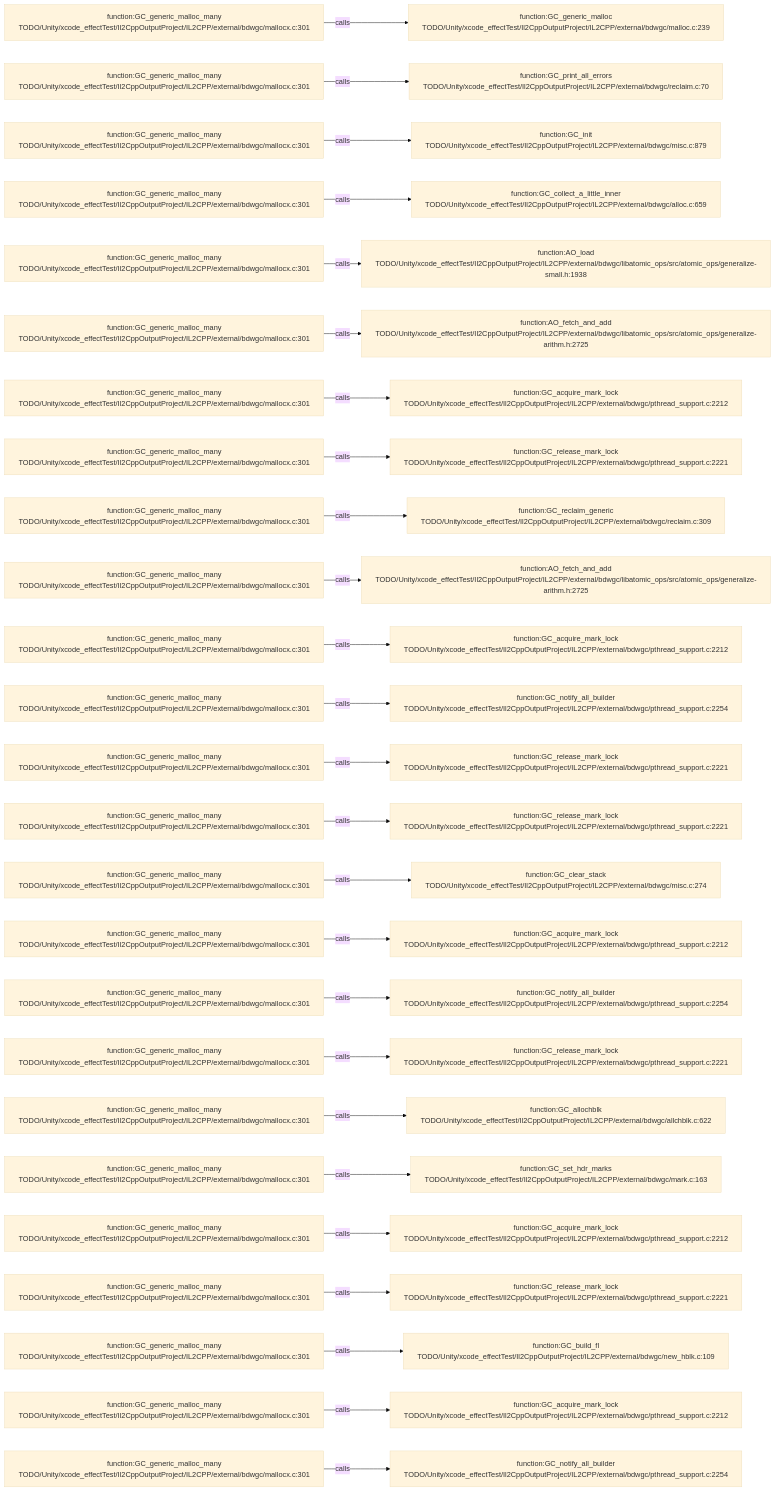
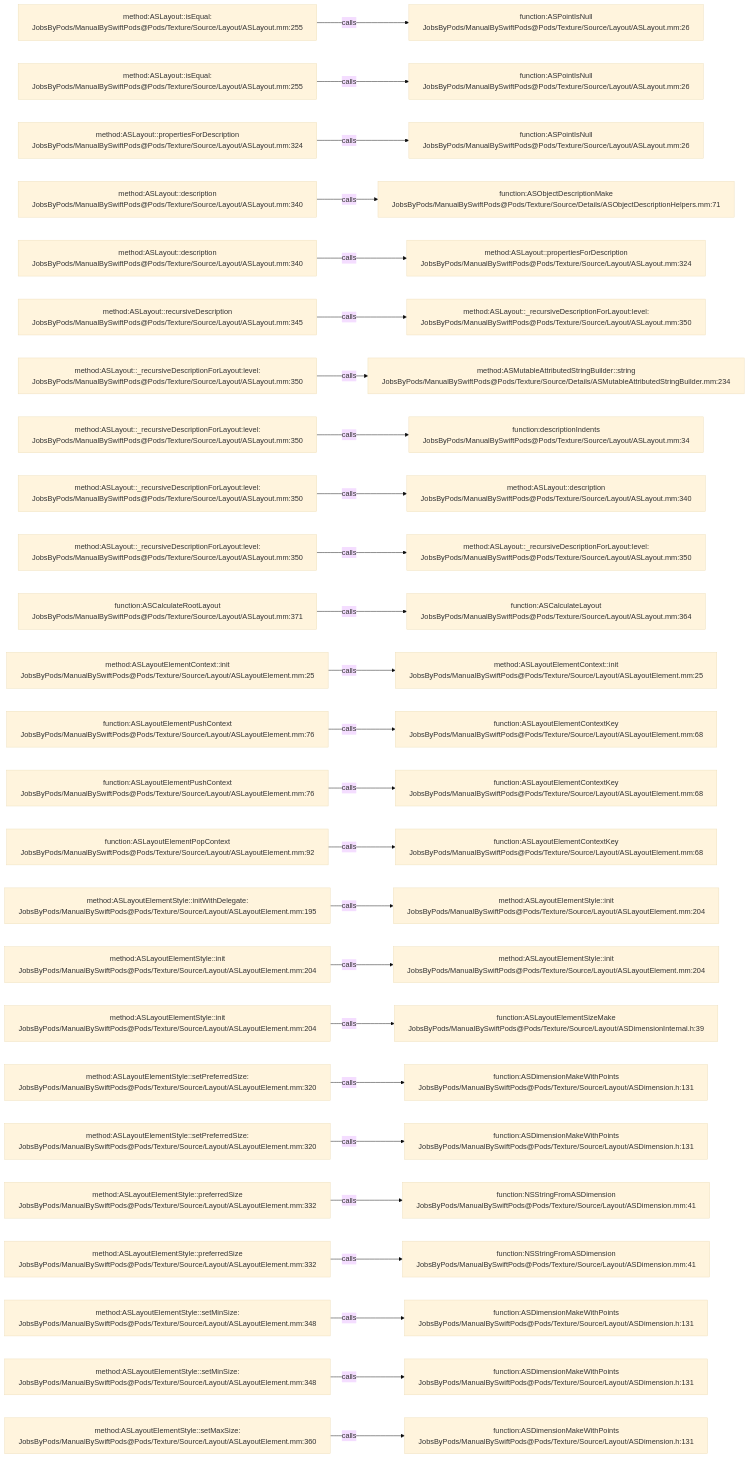
Before and after one commit to JobsKits/JobsSwiftBaseConfigDemo: the diagram in .codegraph/codegraph.md/graphs/calls-128.md, drawn with Mermaid (base theme). The commit also changed 2959 other files, not shown here.

````diff
--- a/.codegraph/codegraph.md/graphs/calls-128.md
+++ b/.codegraph/codegraph.md/graphs/calls-128.md
@@ -13,78 +13,78 @@
 ```mermaid
 flowchart LR
-  S1["function:GC_generic_malloc_many<br/>TODO/Unity/xcode_effectTest/Il2CppOutputProject/IL2CPP/external/bdwgc/mallocx.c:301"]
-  T1["function:GC_generic_malloc<br/>TODO/Unity/xcode_effectTest/Il2CppOutputProject/IL2CPP/external/bdwgc/malloc.c:239"]
+  S1["method:ASLayout::isEqual:<br/>JobsByPods/ManualBySwiftPods@Pods/Texture/Source/Layout/ASLayout.mm:255"]
+  T1["function:ASPointIsNull<br/>JobsByPods/ManualBySwiftPods@Pods/Texture/Source/Layout/ASLayout.mm:26"]
   S1 -->|calls| T1
-  S2["function:GC_generic_malloc_many<br/>TODO/Unity/xcode_effectTest/Il2CppOutputProject/IL2CPP/external/bdwgc/mallocx.c:301"]
-  T2["function:GC_print_all_errors<br/>TODO/Unity/xcode_effectTest/Il2CppOutputProject/IL2CPP/external/bdwgc/reclaim.c:70"]
+  S2["method:ASLayout::isEqual:<br/>JobsByPods/ManualBySwiftPods@Pods/Texture/Source/Layout/ASLayout.mm:255"]
+  T2["function:ASPointIsNull<br/>JobsByPods/ManualBySwiftPods@Pods/Texture/Source/Layout/ASLayout.mm:26"]
   S2 -->|calls| T2
-  S3["function:GC_generic_malloc_many<br/>TODO/Unity/xcode_effectTest/Il2CppOutputProject/IL2CPP/external/bdwgc/mallocx.c:301"]
-  T3["function:GC_init<br/>TODO/Unity/xcode_effectTest/Il2CppOutputProject/IL2CPP/external/bdwgc/misc.c:879"]
+  S3["method:ASLayout::propertiesForDescription<br/>JobsByPods/ManualBySwiftPods@Pods/Texture/Source/Layout/ASLayout.mm:324"]
+  T3["function:ASPointIsNull<br/>JobsByPods/ManualBySwiftPods@Pods/Texture/Source/Layout/ASLayout.mm:26"]
   S3 -->|calls| T3
-  S4["function:GC_generic_malloc_many<br/>TODO/Unity/xcode_effectTest/Il2CppOutputProject/IL2CPP/external/bdwgc/mallocx.c:301"]
-  T4["function:GC_collect_a_little_inner<br/>TODO/Unity/xcode_effectTest/Il2CppOutputProject/IL2CPP/external/bdwgc/alloc.c:659"]
+  S4["method:ASLayout::description<br/>JobsByPods/ManualBySwiftPods@Pods/Texture/Source/Layout/ASLayout.mm:340"]
+  T4["function:ASObjectDescriptionMake<br/>JobsByPods/ManualBySwiftPods@Pods/Texture/Source/Details/ASObjectDescriptionHelpers.mm:71"]
   S4 -->|calls| T4
-  S5["function:GC_generic_malloc_many<br/>TODO/Unity/xcode_effectTest/Il2CppOutputProject/IL2CPP/external/bdwgc/mallocx.c:301"]
-  T5["function:AO_load<br/>TODO/Unity/xcode_effectTest/Il2CppOutputProject/IL2CPP/external/bdwgc/libatomic_ops/src/atomic_ops/generalize-small.h:1938"]
+  S5["method:ASLayout::description<br/>JobsByPods/ManualBySwiftPods@Pods/Texture/Source/Layout/ASLayout.mm:340"]
+  T5["method:ASLayout::propertiesForDescription<br/>JobsByPods/ManualBySwiftPods@Pods/Texture/Source/Layout/ASLayout.mm:324"]
   S5 -->|calls| T5
-  S6["function:GC_generic_malloc_many<br/>TODO/Unity/xcode_effectTest/Il2CppOutputProject/IL2CPP/external/bdwgc/mallocx.c:301"]
-  T6["function:AO_fetch_and_add<br/>TODO/Unity/xcode_effectTest/Il2CppOutputProject/IL2CPP/external/bdwgc/libatomic_ops/src/atomic_ops/generalize-arithm.h:2725"]
+  S6["method:ASLayout::recursiveDescription<br/>JobsByPods/ManualBySwiftPods@Pods/Texture/Source/Layout/ASLayout.mm:345"]
+  T6["method:ASLayout::_recursiveDescriptionForLayout:level:<br/>JobsByPods/ManualBySwiftPods@Pods/Texture/Source/Layout/ASLayout.mm:350"]
   S6 -->|calls| T6
-  S7["function:GC_generic_malloc_many<br/>TODO/Unity/xcode_effectTest/Il2CppOutputProject/IL2CPP/external/bdwgc/mallocx.c:301"]
-  T7["function:GC_acquire_mark_lock<br/>TODO/Unity/xcode_effectTest/Il2CppOutputProject/IL2CPP/external/bdwgc/pthread_support.c:2212"]
+  S7["method:ASLayout::_recursiveDescriptionForLayout:level:<br/>JobsByPods/ManualBySwiftPods@Pods/Texture/Source/Layout/ASLayout.mm:350"]
+  T7["method:ASMutableAttributedStringBuilder::string<br/>JobsByPods/ManualBySwiftPods@Pods/Texture/Source/Details/ASMutableAttributedStringBuilder.mm:234"]
   S7 -->|calls| T7
-  S8["function:GC_generic_malloc_many<br/>TODO/Unity/xcode_effectTest/Il2CppOutputProject/IL2CPP/external/bdwgc/mallocx.c:301"]
-  T8["function:GC_release_mark_lock<br/>TODO/Unity/xcode_effectTest/Il2CppOutputProject/IL2CPP/external/bdwgc/pthread_support.c:2221"]
+  S8["method:ASLayout::_recursiveDescriptionForLayout:level:<br/>JobsByPods/ManualBySwiftPods@Pods/Texture/Source/Layout/ASLayout.mm:350"]
+  T8["function:descriptionIndents<br/>JobsByPods/ManualBySwiftPods@Pods/Texture/Source/Layout/ASLayout.mm:34"]
   S8 -->|calls| T8
-  S9["function:GC_generic_malloc_many<br/>TODO/Unity/xcode_effectTest/Il2CppOutputProject/IL2CPP/external/bdwgc/mallocx.c:301"]
-  T9["function:GC_reclaim_generic<br/>TODO/Unity/xcode_effectTest/Il2CppOutputProject/IL2CPP/external/bdwgc/reclaim.c:309"]
+  S9["method:ASLayout::_recursiveDescriptionForLayout:level:<br/>JobsByPods/ManualBySwiftPods@Pods/Texture/Source/Layout/ASLayout.mm:350"]
+  T9["method:ASLayout::description<br/>JobsByPods/ManualBySwiftPods@Pods/Texture/Source/Layout/ASLayout.mm:340"]
   S9 -->|calls| T9
-  S10["function:GC_generic_malloc_many<br/>TODO/Unity/xcode_effectTest/Il2CppOutputProject/IL2CPP/external/bdwgc/mallocx.c:301"]
-  T10["function:AO_fetch_and_add<br/>TODO/Unity/xcode_effectTest/Il2CppOutputProject/IL2CPP/external/bdwgc/libatomic_ops/src/atomic_ops/generalize-arithm.h:2725"]
+  S10["method:ASLayout::_recursiveDescriptionForLayout:level:<br/>JobsByPods/ManualBySwiftPods@Pods/Texture/Source/Layout/ASLayout.mm:350"]
+  T10["method:ASLayout::_recursiveDescriptionForLayout:level:<br/>JobsByPods/ManualBySwiftPods@Pods/Texture/Source/Layout/ASLayout.mm:350"]
   S10 -->|calls| T10
-  S11["function:GC_generic_malloc_many<br/>TODO/Unity/xcode_effectTest/Il2CppOutputProject/IL2CPP/external/bdwgc/mallocx.c:301"]
-  T11["function:GC_acquire_mark_lock<br/>TODO/Unity/xcode_effectTest/Il2CppOutputProject/IL2CPP/external/bdwgc/pthread_support.c:2212"]
+  S11["function:ASCalculateRootLayout<br/>JobsByPods/ManualBySwiftPods@Pods/Texture/Source/Layout/ASLayout.mm:371"]
+  T11["function:ASCalculateLayout<br/>JobsByPods/ManualBySwiftPods@Pods/Texture/Source/Layout/ASLayout.mm:364"]
   S11 -->|calls| T11
-  S12["function:GC_generic_malloc_many<br/>TODO/Unity/xcode_effectTest/Il2CppOutputProject/IL2CPP/external/bdwgc/mallocx.c:301"]
-  T12["function:GC_notify_all_builder<br/>TODO/Unity/xcode_effectTest/Il2CppOutputProject/IL2CPP/external/bdwgc/pthread_support.c:2254"]
+  S12["method:ASLayoutElementContext::init<br/>JobsByPods/ManualBySwiftPods@Pods/Texture/Source/Layout/ASLayoutElement.mm:25"]
+  T12["method:ASLayoutElementContext::init<br/>JobsByPods/ManualBySwiftPods@Pods/Texture/Source/Layout/ASLayoutElement.mm:25"]
   S12 -->|calls| T12
-  S13["function:GC_generic_malloc_many<br/>TODO/Unity/xcode_effectTest/Il2CppOutputProject/IL2CPP/external/bdwgc/mallocx.c:301"]
-  T13["function:GC_release_mark_lock<br/>TODO/Unity/xcode_effectTest/Il2CppOutputProject/IL2CPP/external/bdwgc/pthread_support.c:2221"]
+  S13["function:ASLayoutElementPushContext<br/>JobsByPods/ManualBySwiftPods@Pods/Texture/Source/Layout/ASLayoutElement.mm:76"]
+  T13["function:ASLayoutElementContextKey<br/>JobsByPods/ManualBySwiftPods@Pods/Texture/Source/Layout/ASLayoutElement.mm:68"]
   S13 -->|calls| T13
-  S14["function:GC_generic_malloc_many<br/>TODO/Unity/xcode_effectTest/Il2CppOutputProject/IL2CPP/external/bdwgc/mallocx.c:301"]
-  T14["function:GC_release_mark_lock<br/>TODO/Unity/xcode_effectTest/Il2CppOutputProject/IL2CPP/external/bdwgc/pthread_support.c:2221"]
+  S14["function:ASLayoutElementPushContext<br/>JobsByPods/ManualBySwiftPods@Pods/Texture/Source/Layout/ASLayoutElement.mm:76"]
+  T14["function:ASLayoutElementContextKey<br/>JobsByPods/ManualBySwiftPods@Pods/Texture/Source/Layout/ASLayoutElement.mm:68"]
   S14 -->|calls| T14
-  S15["function:GC_generic_malloc_many<br/>TODO/Unity/xcode_effectTest/Il2CppOutputProject/IL2CPP/external/bdwgc/mallocx.c:301"]
-  T15["function:GC_clear_stack<br/>TODO/Unity/xcode_effectTest/Il2CppOutputProject/IL2CPP/external/bdwgc/misc.c:274"]
+  S15["function:ASLayoutElementPopContext<br/>JobsByPods/ManualBySwiftPods@Pods/Texture/Source/Layout/ASLayoutElement.mm:92"]
+  T15["function:ASLayoutElementContextKey<br/>JobsByPods/ManualBySwiftPods@Pods/Texture/Source/Layout/ASLayoutElement.mm:68"]
   S15 -->|calls| T15
-  S16["function:GC_generic_malloc_many<br/>TODO/Unity/xcode_effectTest/Il2CppOutputProject/IL2CPP/external/bdwgc/mallocx.c:301"]
-  T16["function:GC_acquire_mark_lock<br/>TODO/Unity/xcode_effectTest/Il2CppOutputProject/IL2CPP/external/bdwgc/pthread_support.c:2212"]
+  S16["method:ASLayoutElementStyle::initWithDelegate:<br/>JobsByPods/ManualBySwiftPods@Pods/Texture/Source/Layout/ASLayoutElement.mm:195"]
+  T16["method:ASLayoutElementStyle::init<br/>JobsByPods/ManualBySwiftPods@Pods/Texture/Source/Layout/ASLayoutElement.mm:204"]
   S16 -->|calls| T16
-  S17["function:GC_generic_malloc_many<br/>TODO/Unity/xcode_effectTest/Il2CppOutputProject/IL2CPP/external/bdwgc/mallocx.c:301"]
-  T17["function:GC_notify_all_builder<br/>TODO/Unity/xcode_effectTest/Il2CppOutputProject/IL2CPP/external/bdwgc/pthread_support.c:2254"]
+  S17["method:ASLayoutElementStyle::init<br/>JobsByPods/ManualBySwiftPods@Pods/Texture/Source/Layout/ASLayoutElement.mm:204"]
+  T17["method:ASLayoutElementStyle::init<br/>JobsByPods/ManualBySwiftPods@Pods/Texture/Source/Layout/ASLayoutElement.mm:204"]
   S17 -->|calls| T17
-  S18["function:GC_generic_malloc_many<br/>TODO/Unity/xcode_effectTest/Il2CppOutputProject/IL2CPP/external/bdwgc/mallocx.c:301"]
-  T18["function:GC_release_mark_lock<br/>TODO/Unity/xcode_effectTest/Il2CppOutputProject/IL2CPP/external/bdwgc/pthread_support.c:2221"]
+  S18["method:ASLayoutElementStyle::init<br/>JobsByPods/ManualBySwiftPods@Pods/Texture/Source/Layout/ASLayoutElement.mm:204"]
+  T18["function:ASLayoutElementSizeMake<br/>JobsByPods/ManualBySwiftPods@Pods/Texture/Source/Layout/ASDimensionInternal.h:39"]
   S18 -->|calls| T18
-  S19["function:GC_generic_malloc_many<br/>TODO/Unity/xcode_effectTest/Il2CppOutputProject/IL2CPP/external/bdwgc/mallocx.c:301"]
-  T19["function:GC_allochblk<br/>TODO/Unity/xcode_effectTest/Il2CppOutputProject/IL2CPP/external/bdwgc/allchblk.c:622"]
+  S19["method:ASLayoutElementStyle::setPreferredSize:<br/>JobsByPods/ManualBySwiftPods@Pods/Texture/Source/Layout/ASLayoutElement.mm:320"]
+  T19["function:ASDimensionMakeWithPoints<br/>JobsByPods/ManualBySwiftPods@Pods/Texture/Source/Layout/ASDimension.h:131"]
   S19 -->|calls| T19
-  S20["function:GC_generic_malloc_many<br/>TODO/Unity/xcode_effectTest/Il2CppOutputProject/IL2CPP/external/bdwgc/mallocx.c:301"]
-  T20["function:GC_set_hdr_marks<br/>TODO/Unity/xcode_effectTest/Il2CppOutputProject/IL2CPP/external/bdwgc/mark.c:163"]
+  S20["method:ASLayoutElementStyle::setPreferredSize:<br/>JobsByPods/ManualBySwiftPods@Pods/Texture/Source/Layout/ASLayoutElement.mm:320"]
+  T20["function:ASDimensionMakeWithPoints<br/>JobsByPods/ManualBySwiftPods@Pods/Texture/Source/Layout/ASDimension.h:131"]
   S20 -->|calls| T20
-  S21["function:GC_generic_malloc_many<br/>TODO/Unity/xcode_effectTest/Il2CppOutputProject/IL2CPP/external/bdwgc/mallocx.c:301"]
-  T21["function:GC_acquire_mark_lock<br/>TODO/Unity/xcode_effectTest/Il2CppOutputProject/IL2CPP/external/bdwgc/pthread_support.c:2212"]
+  S21["method:ASLayoutElementStyle::preferredSize<br/>JobsByPods/ManualBySwiftPods@Pods/Texture/Source/Layout/ASLayoutElement.mm:332"]
+  T21["function:NSStringFromASDimension<br/>JobsByPods/ManualBySwiftPods@Pods/Texture/Source/Layout/ASDimension.mm:41"]
   S21 -->|calls| T21
-  S22["function:GC_generic_malloc_many<br/>TODO/Unity/xcode_effectTest/Il2CppOutputProject/IL2CPP/external/bdwgc/mallocx.c:301"]
-  T22["function:GC_release_mark_lock<br/>TODO/Unity/xcode_effectTest/Il2CppOutputProject/IL2CPP/external/bdwgc/pthread_support.c:2221"]
+  S22["method:ASLayoutElementStyle::preferredSize<br/>JobsByPods/ManualBySwiftPods@Pods/Texture/Source/Layout/ASLayoutElement.mm:332"]
+  T22["function:NSStringFromASDimension<br/>JobsByPods/ManualBySwiftPods@Pods/Texture/Source/Layout/ASDimension.mm:41"]
   S22 -->|calls| T22
-  S23["function:GC_generic_malloc_many<br/>TODO/Unity/xcode_effectTest/Il2CppOutputProject/IL2CPP/external/bdwgc/mallocx.c:301"]
-  T23["function:GC_build_fl<br/>TODO/Unity/xcode_effectTest/Il2CppOutputProject/IL2CPP/external/bdwgc/new_hblk.c:109"]
+  S23["method:ASLayoutElementStyle::setMinSize:<br/>JobsByPods/ManualBySwiftPods@Pods/Texture/Source/Layout/ASLayoutElement.mm:348"]
+  T23["function:ASDimensionMakeWithPoints<br/>JobsByPods/ManualBySwiftPods@Pods/Texture/Source/Layout/ASDimension.h:131"]
   S23 -->|calls| T23
-  S24["function:GC_generic_malloc_many<br/>TODO/Unity/xcode_effectTest/Il2CppOutputProject/IL2CPP/external/bdwgc/mallocx.c:301"]
-  T24["function:GC_acquire_mark_lock<br/>TODO/Unity/xcode_effectTest/Il2CppOutputProject/IL2CPP/external/bdwgc/pthread_support.c:2212"]
+  S24["method:ASLayoutElementStyle::setMinSize:<br/>JobsByPods/ManualBySwiftPods@Pods/Texture/Source/Layout/ASLayoutElement.mm:348"]
+  T24["function:ASDimensionMakeWithPoints<br/>JobsByPods/ManualBySwiftPods@Pods/Texture/Source/Layout/ASDimension.h:131"]
   S24 -->|calls| T24
-  S25["function:GC_generic_malloc_many<br/>TODO/Unity/xcode_effectTest/Il2CppOutputProject/IL2CPP/external/bdwgc/mallocx.c:301"]
-  T25["function:GC_notify_all_builder<br/>TODO/Unity/xcode_effectTest/Il2CppOutputProject/IL2CPP/external/bdwgc/pthread_support.c:2254"]
+  S25["method:ASLayoutElementStyle::setMaxSize:<br/>JobsByPods/ManualBySwiftPods@Pods/Texture/Source/Layout/ASLayoutElement.mm:360"]
+  T25["function:ASDimensionMakeWithPoints<br/>JobsByPods/ManualBySwiftPods@Pods/Texture/Source/Layout/ASDimension.h:131"]
   S25 -->|calls| T25
 ```
````
